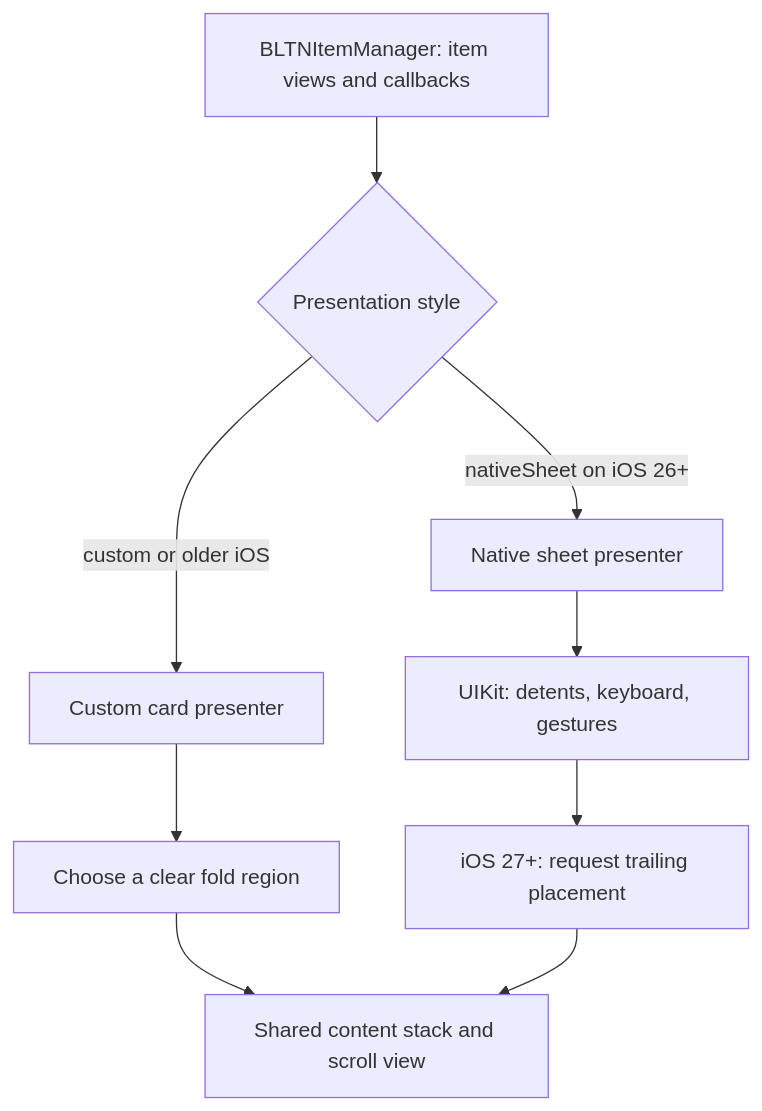
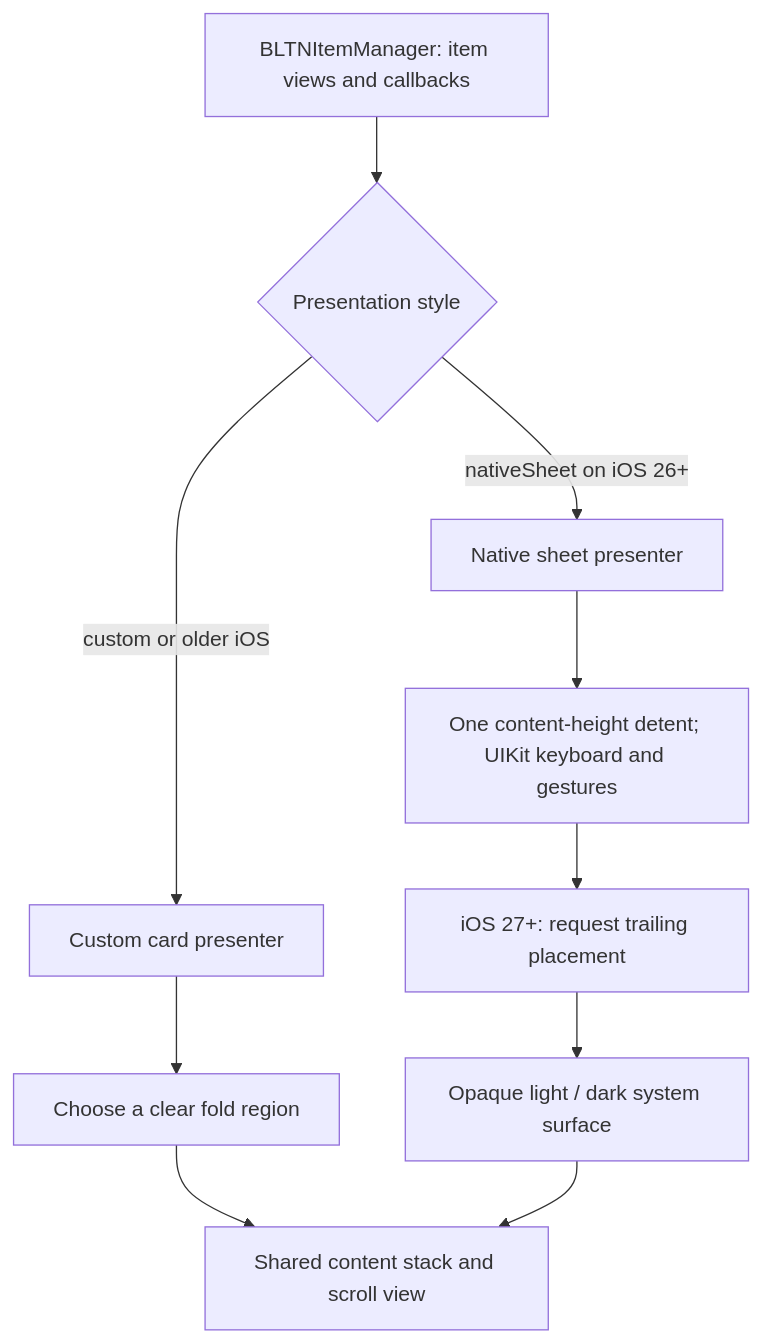
One commit to LambdaDigamma/BulletinBoard changed the first of 2 diagrams in guides/Adaptive Layout.md. Above: the diagram before and after it, drawn with Mermaid. The commit also changed other lines of this file and 6 other files, not shown here.

Commit message:
fix: keep native bulletins readable at content height

````diff
--- a/guides/Adaptive Layout.md
+++ b/guides/Adaptive Layout.md
@@ -11,11 +11,12 @@
 ```mermaid
 flowchart TD
     Manager[BLTNItemManager: item views and callbacks] --> Choice{Presentation style}
     Choice -->|custom or older iOS| Custom[Custom card presenter]
     Choice -->|nativeSheet on iOS 26+| Native[Native sheet presenter]
     Custom --> Regions[Choose a clear fold region]
-    Native --> UIKit[UIKit: detents, keyboard, gestures]
+    Native --> UIKit[One content-height detent; UIKit keyboard and gestures]
     UIKit --> Placement[iOS 27+: request trailing placement]
     Regions --> Content[Shared content stack and scroll view]
-    Placement --> Content
+    Placement --> Surface[Opaque light / dark system surface]
+    Surface --> Content
 ```
````
